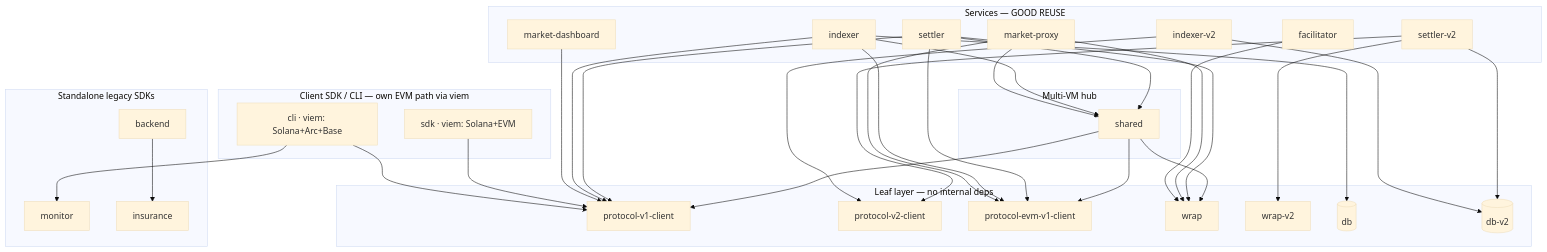
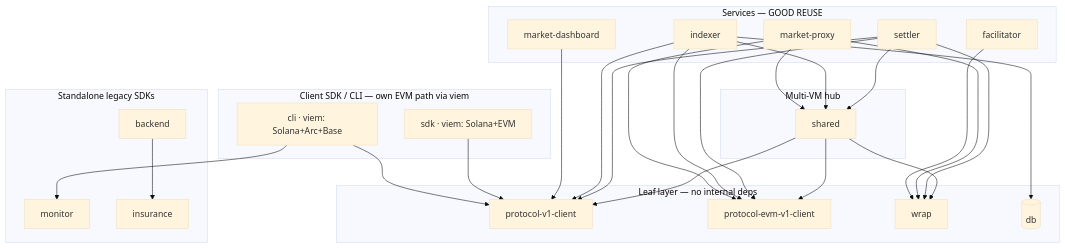
One commit to pactnetwork/pact-monitor changed the third of 7 diagrams in docs/architecture/ARCHITECTURE.en.md. Above: the diagram before and after it, drawn with Mermaid (base theme). The commit also changed other lines of this file and 6 other files, not shown here.

First line of the commit message:
docs(architecture): sync package breakdown + V2-removal, add per-package breakdown

````diff
--- a/docs/architecture/ARCHITECTURE.en.md
+++ b/docs/architecture/ARCHITECTURE.en.md
@@ -132,44 +128,37 @@
 ```mermaid
 graph TD
     subgraph leaf["Leaf layer — no internal deps"]
         P1[protocol-v1-client]
-        P2[protocol-v2-client]
         PE[protocol-evm-v1-client]
         W[wrap]
-        W2[wrap-v2]
         DB[(db)]
-        DB2[(db-v2)]
     end
     subgraph hub["Multi-VM hub"]
         SH[shared]
     end
     subgraph svc["Services — GOOD REUSE"]
         SET[settler]
-        SET2[settler-v2]
         IDX[indexer]
-        IDX2[indexer-v2]
         MP[market-proxy]
         MD[market-dashboard]
         FAC[facilitator]
     end
     subgraph client["Client SDK / CLI — own EVM path via viem"]
         SDK["sdk · viem: Solana+EVM"]
         CLI["cli · viem: Solana+Arc+Base"]
     end
     subgraph legacy["Standalone legacy SDKs"]
         MON[monitor]
         INS[insurance]
         BE[backend]
     end
     SH --> P1 & PE & W
     SET --> SH & W & P1 & PE
-    SET2 --> DB2 & P2 & W2
     IDX --> SH & DB & P1 & PE
-    IDX2 --> DB2 & P2
     MP --> SH & W & PE
     MD --> P1
     FAC --> W
     SDK --> P1
     CLI --> P1 & MON
     BE --> INS
 ```
````
